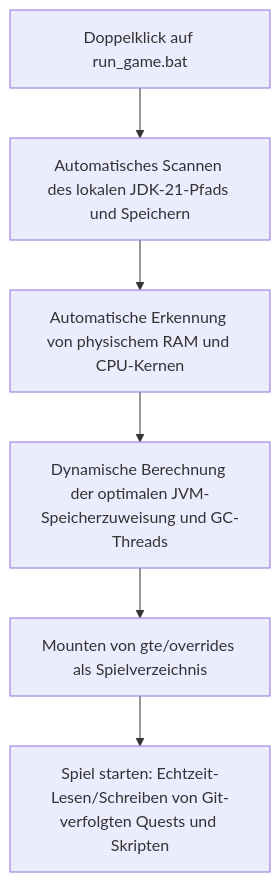
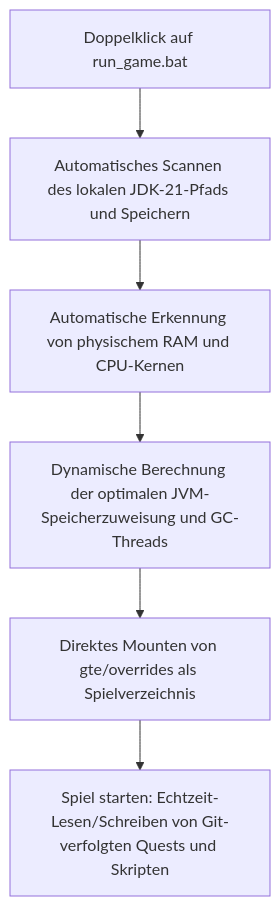
Before and after one commit to takanashisatou/GregtechEasy: the diagram in docs/de/development/runtime-and-launchers.md, drawn with Mermaid. The commit also changed other lines of this file and 138 other files, not shown here.

````diff
--- a/docs/de/development/runtime-and-launchers.md
+++ b/docs/de/development/runtime-and-launchers.md
@@ -11,8 +11,8 @@
 ```mermaid
 graph TD
     A[Doppelklick auf run_game.bat] --> B[Automatisches Scannen des lokalen JDK-21-Pfads und Speichern]
     B --> C[Automatische Erkennung von physischem RAM und CPU-Kernen]
     C --> D[Dynamische Berechnung der optimalen JVM-Speicherzuweisung und GC-Threads]
-    D --> E[Mounten von gte/overrides als Spielverzeichnis]
+    D --> E[Direktes Mounten von gte/overrides als Spielverzeichnis]
     E --> F[Spiel starten: Echtzeit-Lesen/Schreiben von Git-verfolgten Quests und Skripten]
 ```
````
